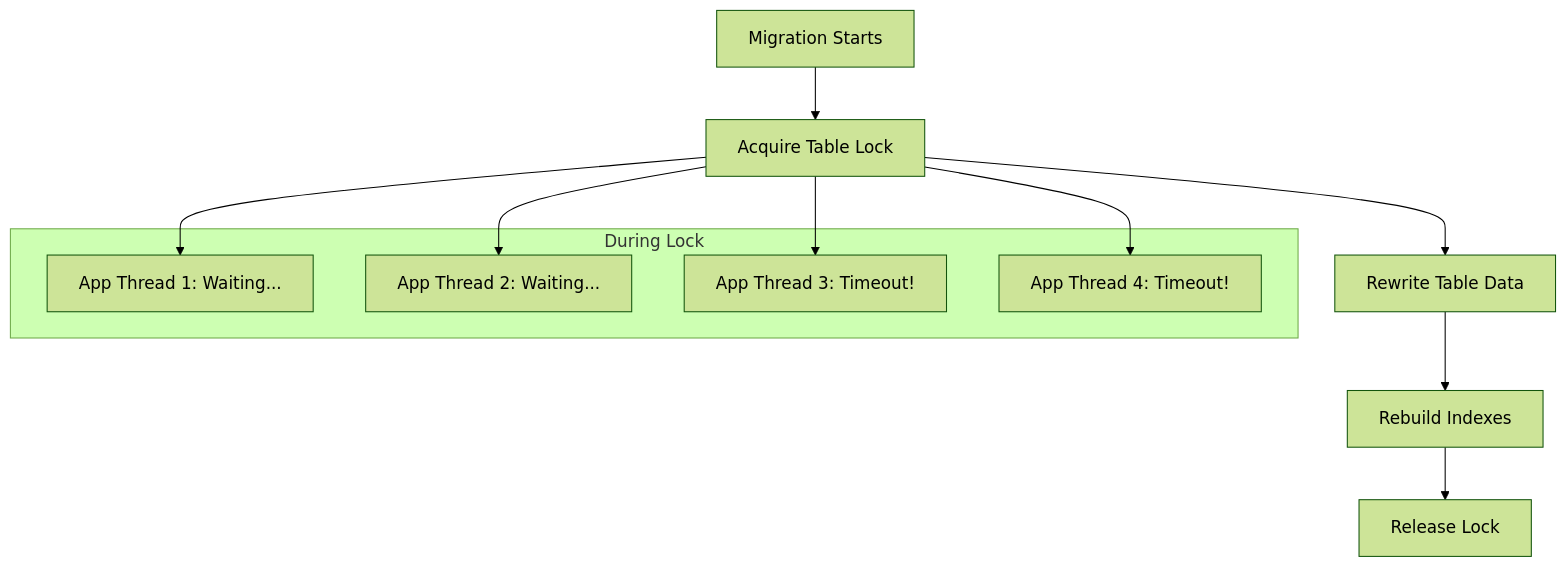
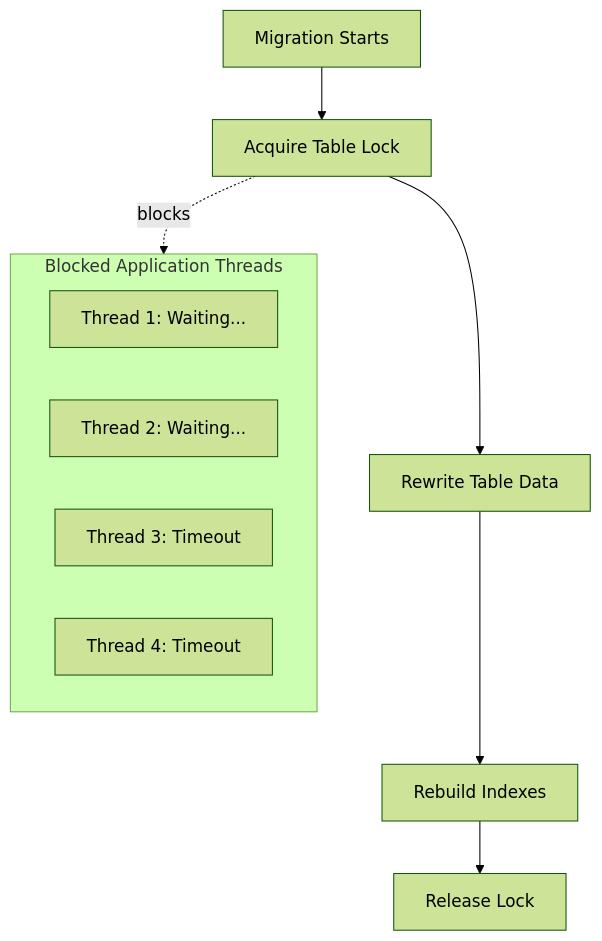
Before and after one commit to webstackdev/astro.webstackbuilders.com: the first of 2 diagrams in src/content/articles/database-schema-migrations-continuous-deployment-zero-downtime/index.mdx, drawn with Mermaid (forest theme). The commit also changed other lines of this file and 4 other files, not shown here.

Commit message:
Add database-schema-migrations-continuous-deployment-zero-downtime article

````diff
--- a/src/content/articles/database-schema-migrations-continuous-deployment-zero-downtime/index.mdx
+++ b/src/content/articles/database-schema-migrations-continuous-deployment-zero-downtime/index.mdx
@@ -64,19 +32,16 @@
 ```mermaid
 graph TD
     A[Migration Starts] --> B[Acquire Table Lock]
     B --> C[Rewrite Table Data]
     C --> D[Rebuild Indexes]
     D --> E[Release Lock]
 
-    subgraph During Lock
-        F[App Thread 1: Waiting...]
-        G[App Thread 2: Waiting...]
-        H[App Thread 3: Timeout!]
-        I[App Thread 4: Timeout!]
+    subgraph blocked[Blocked Application Threads]
+        F[Thread 1: Waiting...]
+        G[Thread 2: Waiting...]
+        H[Thread 3: Timeout]
+        I[Thread 4: Timeout]
     end
 
-    B --> F
-    B --> G
-    B --> H
-    B --> I
+    B -.->|blocks| blocked
 ```
````
